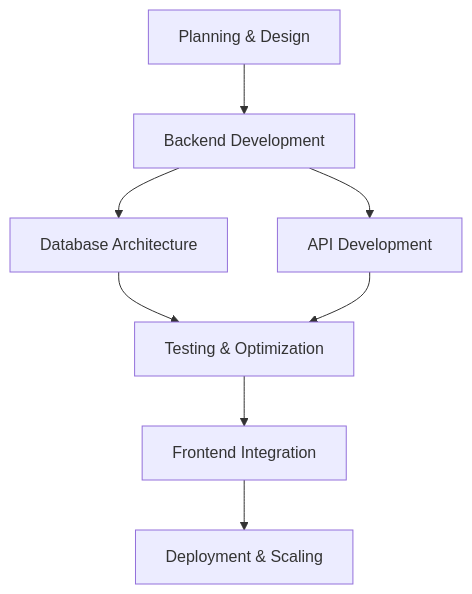
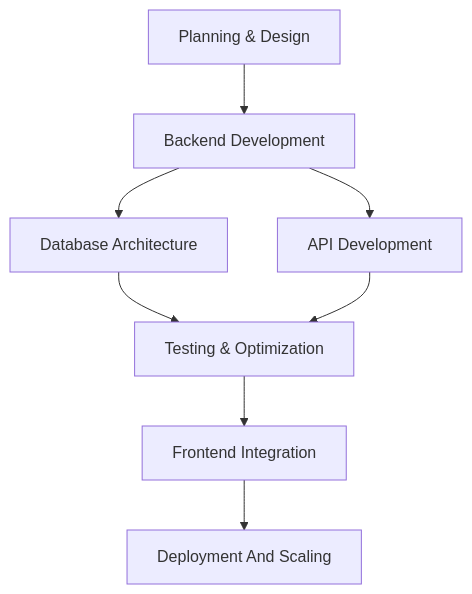
Before and after one commit to sulemsaba/sulemsaba: the diagram in README.md, drawn with Mermaid.

````diff
--- a/README.md
+++ b/README.md
@@ -125,10 +125,10 @@
 ```mermaid
 graph TD
     A[Planning & Design] --> B[Backend Development]
     B --> C[Database Architecture]
     B --> D[API Development]
     C --> E[Testing & Optimization]
     D --> E
     E --> F[Frontend Integration]
-    F --> G[Deployment & Scaling]
+    F --> G[Deployment And Scaling]
 ```
````
